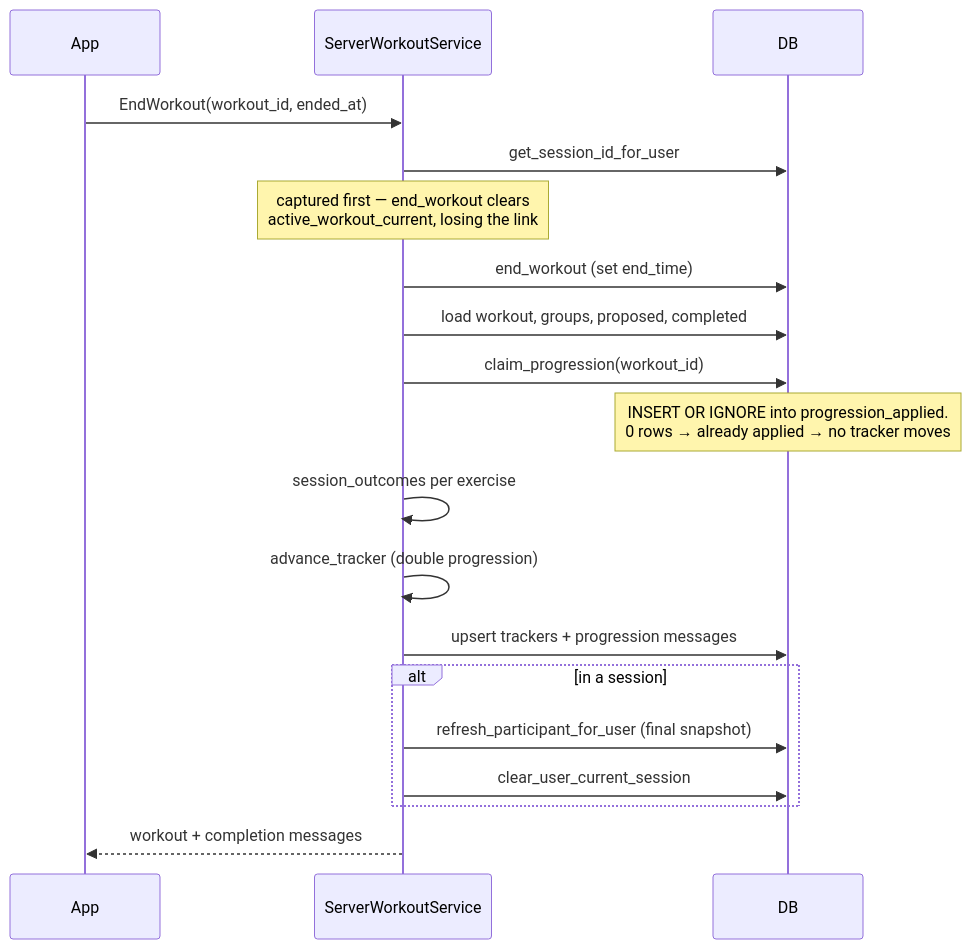
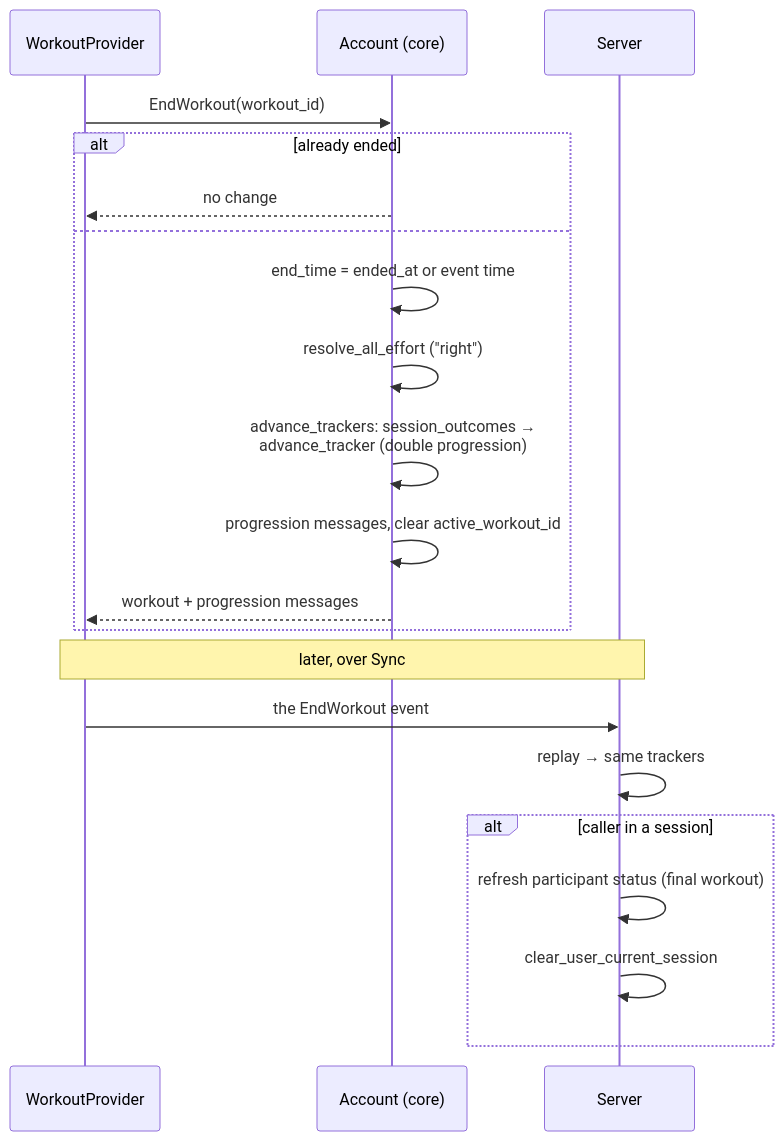
Before and after one commit to brensch/lift: the seventh of 7 diagrams in docs/architecture/workout-lifecycle.md, drawn with Mermaid. The commit also changed other lines of this file and 214 other files, not shown here.

First line of the commit message:
Local-first: the Rust core on the phone (#74)

````diff
--- a/docs/architecture/workout-lifecycle.md
+++ b/docs/architecture/workout-lifecycle.md
@@ -236,23 +228,24 @@
 ```mermaid
 sequenceDiagram
-    participant App
-    participant WS as ServerWorkoutService
-    participant DB
+    participant App as WorkoutProvider
+    participant A as Account (core)
+    participant S as Server
 
-    App->>WS: EndWorkout(workout_id, ended_at)
-    WS->>DB: get_session_id_for_user
-    Note over WS: captured first — end_workout clears<br/>active_workout_current, losing the link
-    WS->>DB: end_workout (set end_time)
-    WS->>DB: load workout, groups, proposed, completed
-    WS->>DB: claim_progression(workout_id)
-    Note over DB: INSERT OR IGNORE into progression_applied.<br/>0 rows → already applied → no tracker moves
-    WS->>WS: session_outcomes per exercise
-    WS->>WS: advance_tracker (double progression)
-    WS->>DB: upsert trackers + progression messages
-
-    alt in a session
-        WS->>DB: refresh_participant_for_user (final snapshot)
-        WS->>DB: clear_user_current_session
+    App->>A: EndWorkout(workout_id)
+    alt already ended
+        A-->>App: no change
+    else
+        A->>A: end_time = ended_at or event time
+        A->>A: resolve_all_effort ("right")
+        A->>A: advance_trackers: session_outcomes →<br/>advance_tracker (double progression)
+        A->>A: progression messages, clear active_workout_id
+        A-->>App: workout + progression messages
     end
-    WS-->>App: workout + completion messages
+    Note over App,S: later, over Sync
+    App->>S: the EndWorkout event
+    S->>S: replay → same trackers
+    alt caller in a session
+        S->>S: refresh participant status (final workout)
+        S->>S: clear_user_current_session
+    end
 ```
````
